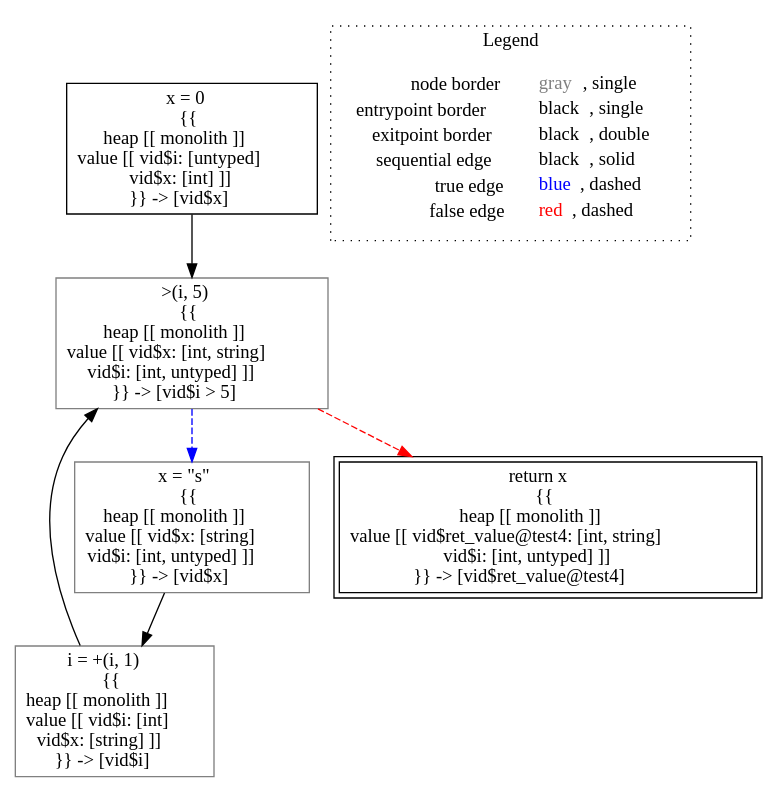
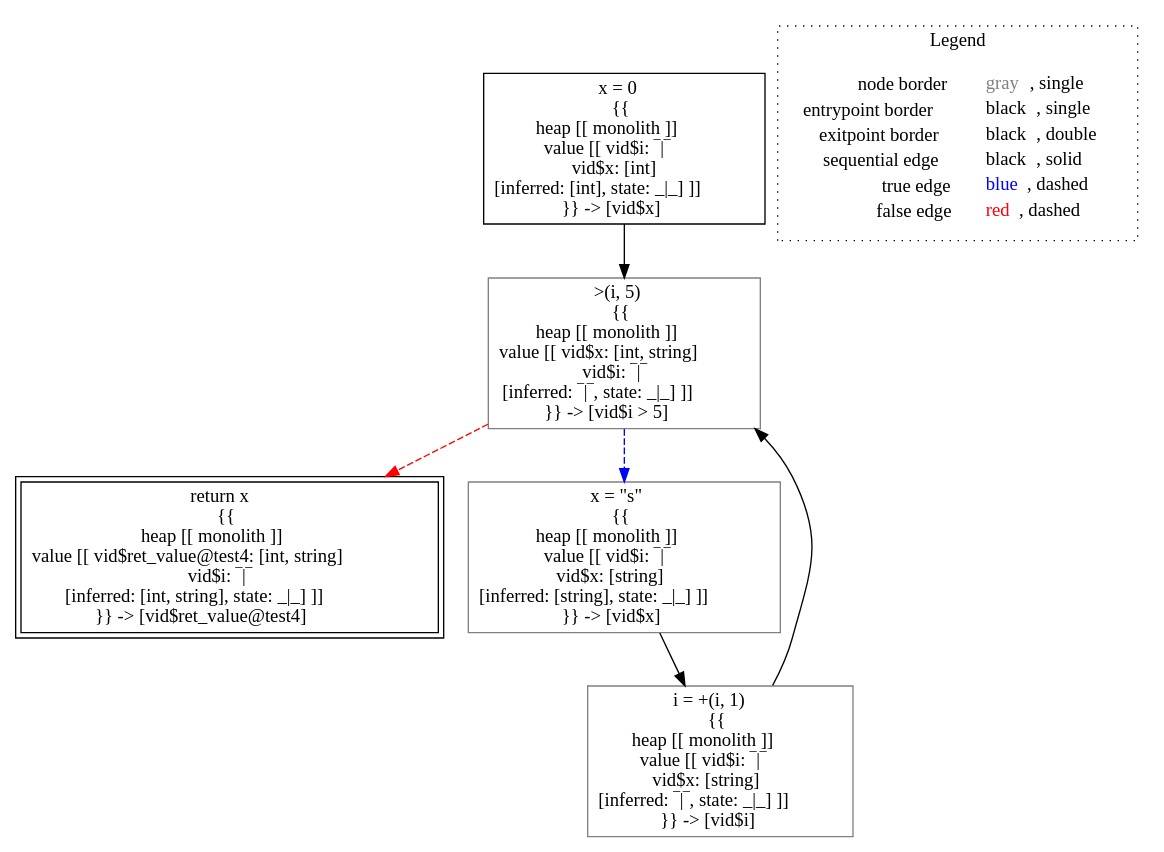
Before and after one commit to lisa-analyzer/lisa: the diagram in lisa/imp-testcases/type-inference/typing___untyped_typing.test4(untyped_i).dot, drawn with Graphviz. The commit also changed 6 other files, not shown here.

```diff
--- a/lisa/imp-testcases/type-inference/typing___untyped_typing.test4(untyped_i).dot
+++ b/lisa/imp-testcases/type-inference/typing___untyped_typing.test4(untyped_i).dot
@@ -1,19 +1,19 @@
 digraph {
-	"node0" [shape="rect",color="black",label=<x = 0<BR/>{{<BR/>heap [[ monolith ]]<BR/>value [[ vid$i: [untyped]<BR/>vid$x: [int] ]]<BR/>}} -&gt; [vid$x]>];
-	"node1" [shape="rect",color="gray",label=<i = +(i, 1)<BR/>{{<BR/>heap [[ monolith ]]<BR/>value [[ vid$i: [int]<BR/>vid$x: [string] ]]<BR/>}} -&gt; [vid$i]>];
-	"node2" [shape="rect",color="gray",label=<&gt;(i, 5)<BR/>{{<BR/>heap [[ monolith ]]<BR/>value [[ vid$x: [int, string]<BR/>vid$i: [int, untyped] ]]<BR/>}} -&gt; [vid$i &gt; 5]>];
-	"node3" [shape="rect",color="gray",label=<x = &quot;s&quot;<BR/>{{<BR/>heap [[ monolith ]]<BR/>value [[ vid$x: [string]<BR/>vid$i: [int, untyped] ]]<BR/>}} -&gt; [vid$x]>];
-	"node4" [shape="rect",color="black",peripheries="2",label=<return x<BR/>{{<BR/>heap [[ monolith ]]<BR/>value [[ vid$ret_value@test4: [int, string]<BR/>vid$i: [int, untyped] ]]<BR/>}} -&gt; [vid$ret_value@test4]>];
+	"node0" [shape="rect",color="black",label=<x = 0<BR/>{{<BR/>heap [[ monolith ]]<BR/>value [[ vid$i: &oline;|&oline;<BR/>vid$x: [int]<BR/>[inferred: [int], state: _|_] ]]<BR/>}} -&gt; [vid$x]>];
+	"node1" [shape="rect",color="black",peripheries="2",label=<return x<BR/>{{<BR/>heap [[ monolith ]]<BR/>value [[ vid$ret_value@test4: [int, string]<BR/>vid$i: &oline;|&oline;<BR/>[inferred: [int, string], state: _|_] ]]<BR/>}} -&gt; [vid$ret_value@test4]>];
+	"node2" [shape="rect",color="gray",label=<&gt;(i, 5)<BR/>{{<BR/>heap [[ monolith ]]<BR/>value [[ vid$x: [int, string]<BR/>vid$i: &oline;|&oline;<BR/>[inferred: &oline;|&oline;, state: _|_] ]]<BR/>}} -&gt; [vid$i &gt; 5]>];
+	"node3" [shape="rect",color="gray",label=<i = +(i, 1)<BR/>{{<BR/>heap [[ monolith ]]<BR/>value [[ vid$i: &oline;|&oline;<BR/>vid$x: [string]<BR/>[inferred: &oline;|&oline;, state: _|_] ]]<BR/>}} -&gt; [vid$i]>];
+	"node4" [shape="rect",color="gray",label=<x = &quot;s&quot;<BR/>{{<BR/>heap [[ monolith ]]<BR/>value [[ vid$i: &oline;|&oline;<BR/>vid$x: [string]<BR/>[inferred: [string], state: _|_] ]]<BR/>}} -&gt; [vid$x]>];
 	"node0" -> "node2" [color="black"];
-	"node1" -> "node2" [color="black"];
-	"node2" -> "node3" [color="blue",style="dashed"];
-	"node2" -> "node4" [color="red",style="dashed"];
-	"node3" -> "node1" [color="black"];
+	"node2" -> "node1" [color="red",style="dashed"];
+	"node2" -> "node4" [color="blue",style="dashed"];
+	"node3" -> "node2" [color="black"];
+	"node4" -> "node3" [color="black"];
 subgraph cluster_legend {
 	label="Legend";
 	style=dotted;
 	node [shape=plaintext];
 	"legend" [label=<<table border="0" cellpadding="2" cellspacing="0" cellborder="0"><tr><td align="right">node border&nbsp;</td><td align="left"><font color="gray">gray</font>, single</td></tr><tr><td align="right">entrypoint border&nbsp;</td><td align="left"><font color="black">black</font>, single</td></tr><tr><td align="right">exitpoint border&nbsp;</td><td align="left"><font color="black">black</font>, double</td></tr><tr><td align="right">sequential edge&nbsp;</td><td align="left"><font color="black">black</font>, solid</td></tr><tr><td align="right">true edge&nbsp;</td><td align="left"><font color="blue">blue</font>, dashed</td></tr><tr><td align="right">false edge&nbsp;</td><td align="left"><font color="red">red</font>, dashed</td></tr></table>>];
 }
 
 }
```
